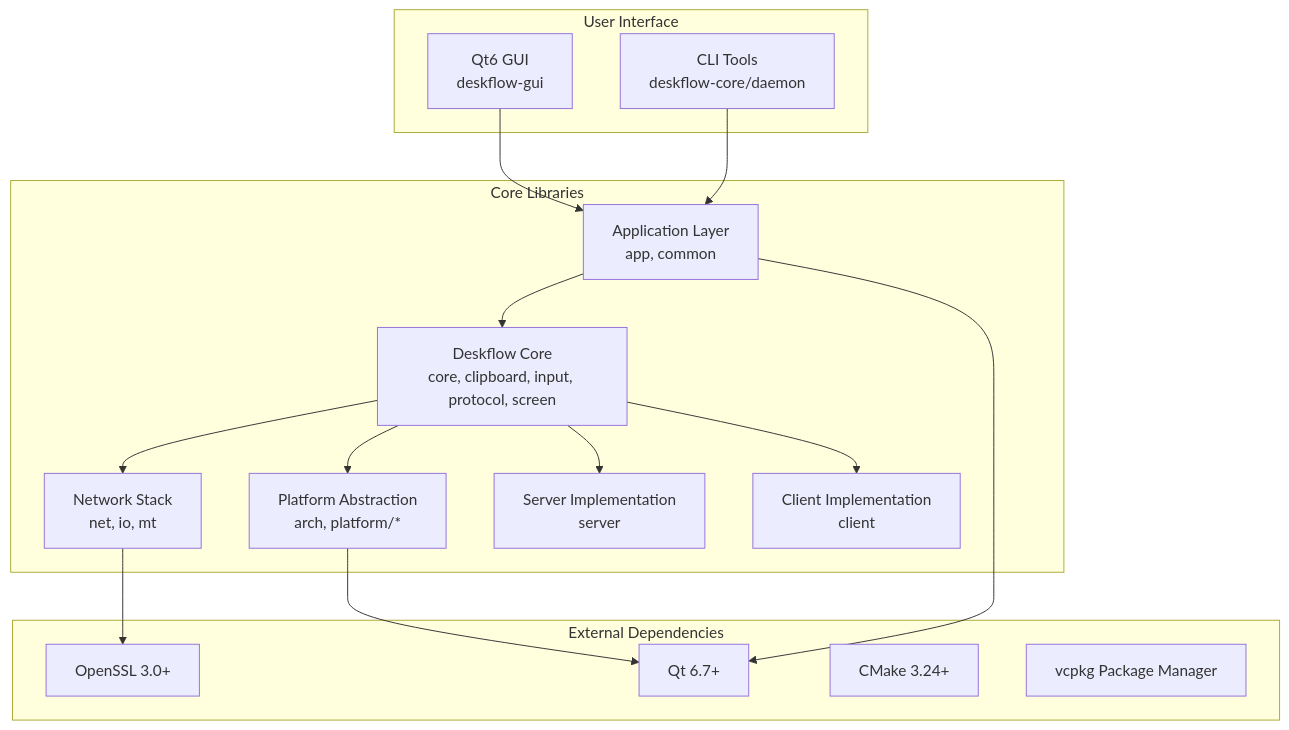
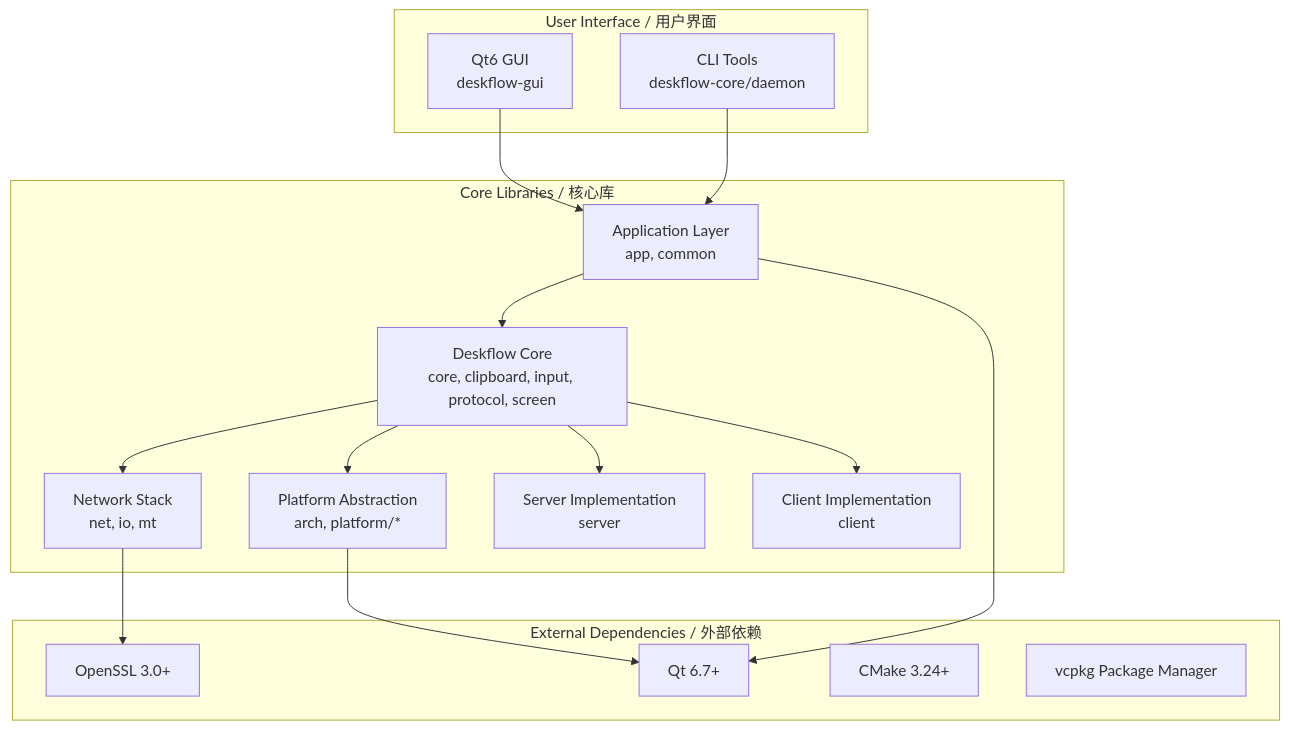
One commit to Tupig/Tupig_synergy changed the first of 2 diagrams in synergy/README.md. Above: the diagram before and after it, drawn with Mermaid. The commit also changed other lines of this file, not shown here.

````diff
--- a/synergy/README.md
+++ b/synergy/README.md
@@ -80,34 +55,34 @@
 ```mermaid
 graph TB
-    subgraph "User Interface"
+    subgraph "User Interface / 用户界面"
         GUI[Qt6 GUI<br/>deskflow-gui]
         CLI[CLI Tools<br/>deskflow-core/daemon]
     end
 
-    subgraph "Core Libraries"
+    subgraph "Core Libraries / 核心库"
         APP[Application Layer<br/>app, common]
         DESKFLOW[Deskflow Core<br/>core, clipboard, input, protocol, screen]
         NET[Network Stack<br/>net, io, mt]
         PLATFORM[Platform Abstraction<br/>arch, platform/*]
         SERVER[Server Implementation<br/>server]
         CLIENT[Client Implementation<br/>client]
     end
 
-    subgraph "External Dependencies"
+    subgraph "External Dependencies / 外部依赖"
         QT[Qt 6.7+]
         SSL[OpenSSL 3.0+]
         CMAKE[CMake 3.24+]
         VCPKG[vcpkg Package Manager]
     end
 
     GUI --> APP
     CLI --> APP
     APP --> DESKFLOW
     DESKFLOW --> NET
     DESKFLOW --> PLATFORM
     DESKFLOW --> SERVER
     DESKFLOW --> CLIENT
     NET --> SSL
     PLATFORM --> QT
     APP --> QT
 ```
````
